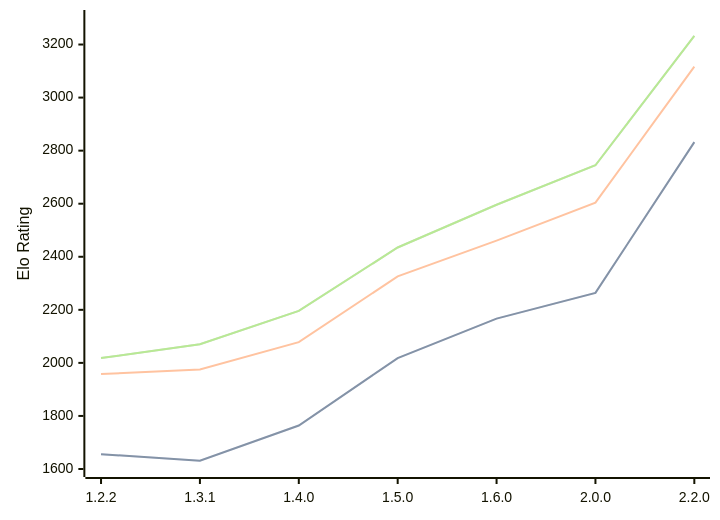
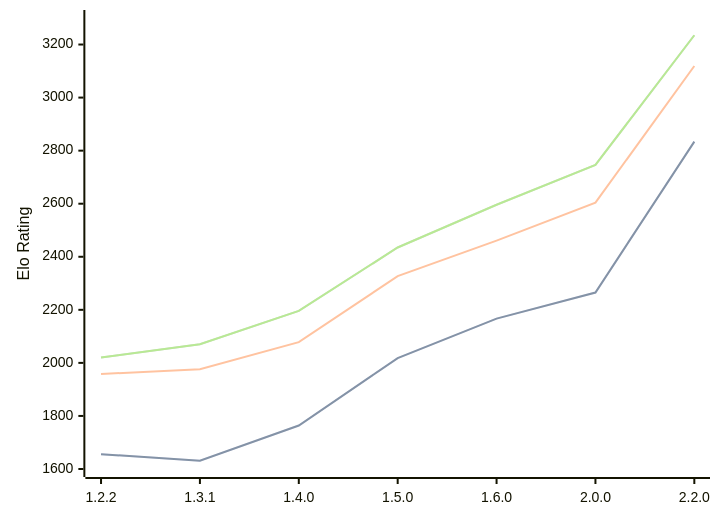
Before and after one commit to computer-chess-index/cci: the third of 3 diagrams in engines/SoloEngine.md, drawn with Mermaid. The commit also changed other lines of this file, not shown here.

Commit message:
Update CCI Ratings (ELO VLTC) - 2026-06-24

````diff
--- a/engines/SoloEngine.md
+++ b/engines/SoloEngine.md
@@ -71,11 +71,11 @@
 ```mermaid
 %%{init: {"theme":"base","themeVariables":{"seriesColors:['#a3a3a3','#222221','#faa371']}}}%%
 xychart-beta
   x-axis ["1.2.2", "1.3.1", "1.4.0", "1.5.0", "1.6.0", "2.0.0", "2.2.0"]
   y-axis "Elo Rating" 1600 --> 3300
-  line "STC (8.0+0.08s)" [1656, 1631, 1764, 2018, 2167, 2264, 2832]
-  line "STC (8.0+0.08s)" [1656, 1631, 1764, 2018, 2167, 2264, 2832]
-  line "LTC (60.0+0.60s)" [1958, 1975, 2078, 2326, 2461, 2604, 3117]
-  line "VLTC (2m24s+1.12s)" [2018, 2070, 2196, 2435, 2596, 2745, 3233]
-  line "VLTC (2m24s+1.12s)" [2018, 2070, 2196, 2435, 2596, 2745, 3233]
+  line "STC (8.0+0.08s)" [1656, 1631, 1764, 2018, 2167, 2265, 2834]
+  line "STC (8.0+0.08s)" [1656, 1631, 1764, 2018, 2167, 2265, 2834]
+  line "LTC (60.0+0.60s)" [1958, 1976, 2078, 2327, 2461, 2604, 3119]
+  line "VLTC (2m24s+1.12s)" [2020, 2070, 2196, 2435, 2596, 2746, 3235]
+  line "VLTC (2m24s+1.12s)" [2020, 2070, 2196, 2435, 2596, 2746, 3235]
 ```
````
